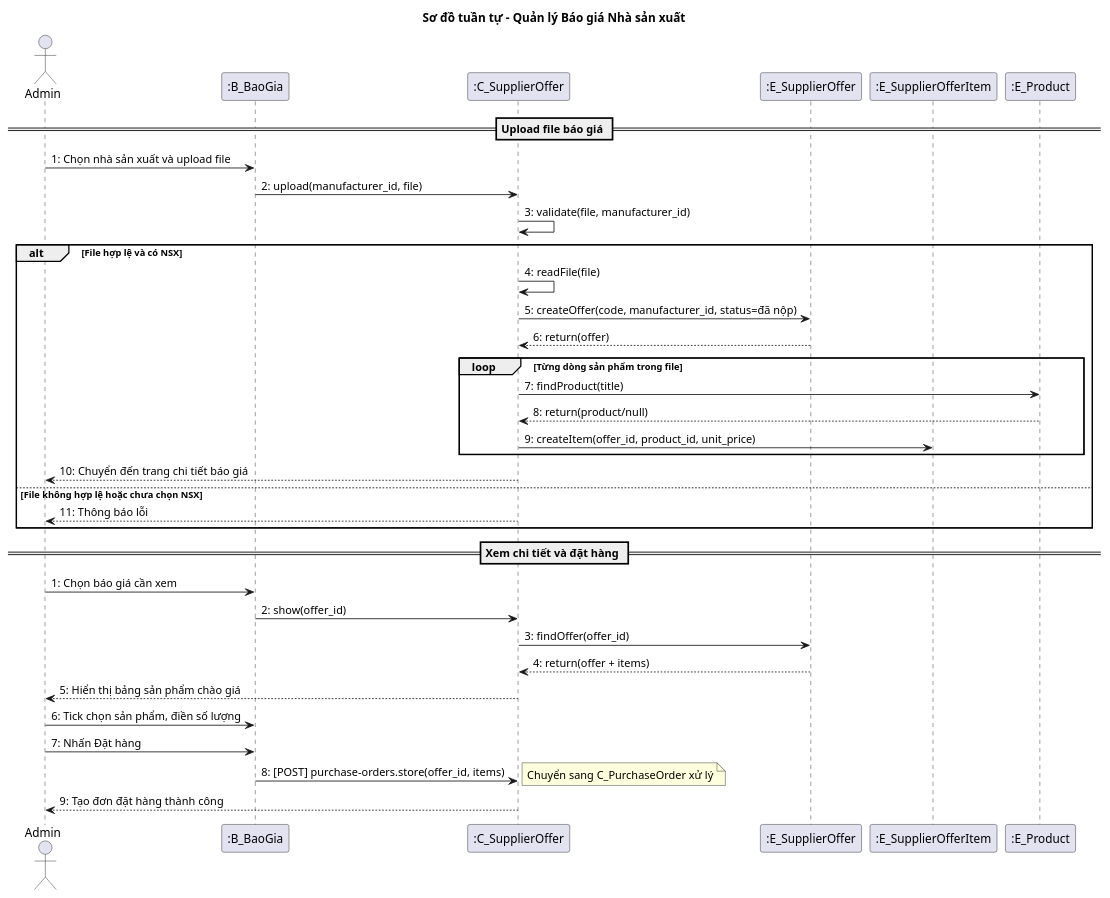
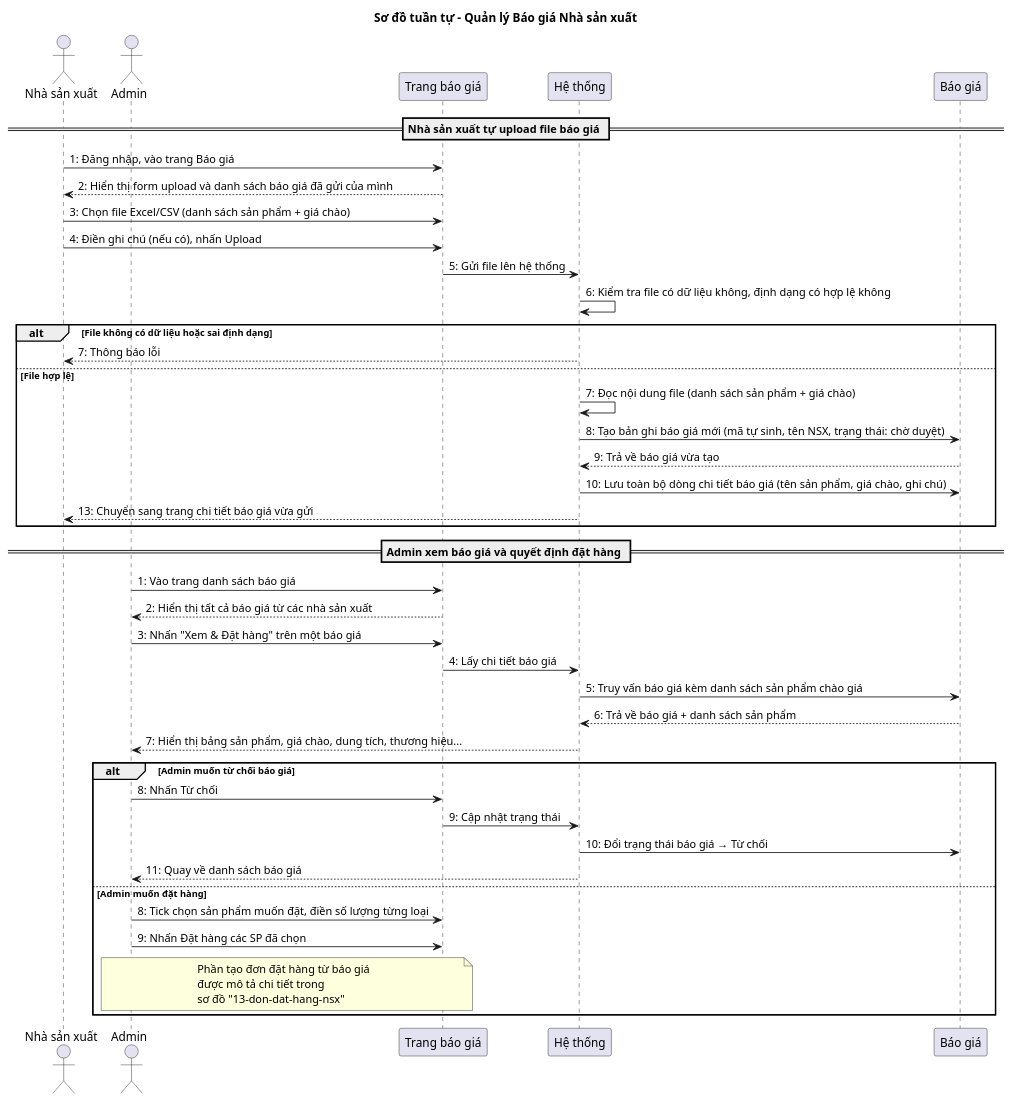
Before and after one commit to thien258/luanvantotnghiep: the diagram in app/Http/doc/sequence/14-bao-gia-nsx.puml, drawn with PlantUML. The commit also changed 59 other files, not shown here.

```diff
--- a/app/Http/doc/sequence/14-bao-gia-nsx.puml
+++ b/app/Http/doc/sequence/14-bao-gia-nsx.puml
@@ -1,44 +1,56 @@
 @startuml
 title Sơ đồ tuần tự - Quản lý Báo giá Nhà sản xuất
 
+actor "Nhà sản xuất" as NSX
 actor "Admin" as A
-participant ":B_BaoGia" as B
-participant ":C_SupplierOffer" as C
-participant ":E_SupplierOffer" as ESO
-participant ":E_SupplierOfferItem" as ESOI
-participant ":E_Product" as EP
+participant "Trang báo giá" as B
+participant "Hệ thống" as C
+participant "Báo giá" as ESO
 
-== Upload file báo giá ==
-A -> B : 1: Chọn nhà sản xuất và upload file
-B -> C : 2: upload(manufacturer_id, file)
-C -> C : 3: validate(file, manufacturer_id)
+== Nhà sản xuất tự upload file báo giá ==
 
-alt File hợp lệ và có NSX
-    C -> C : 4: readFile(file)
-    C -> ESO : 5: createOffer(code, manufacturer_id, status=đã nộp)
-    ESO --> C : 6: return(offer)
+NSX -> B : 1: Đăng nhập, vào trang Báo giá
+B --> NSX : 2: Hiển thị form upload và danh sách báo giá đã gửi của mình
 
-    loop Từng dòng sản phẩm trong file
-        C -> EP : 7: findProduct(title)
-        EP --> C : 8: return(product/null)
-        C -> ESOI : 9: createItem(offer_id, product_id, unit_price)
-    end
+NSX -> B : 3: Chọn file Excel/CSV (danh sách sản phẩm + giá chào)
+NSX -> B : 4: Điền ghi chú (nếu có), nhấn Upload
+B -> C : 5: Gửi file lên hệ thống
+C -> C : 6: Kiểm tra file có dữ liệu không, định dạng có hợp lệ không
 
-    C --> A : 10: Chuyển đến trang chi tiết báo giá
-else File không hợp lệ hoặc chưa chọn NSX
-    C --> A : 11: Thông báo lỗi
+alt File không có dữ liệu hoặc sai định dạng
+    C --> NSX : 7: Thông báo lỗi
+else File hợp lệ
+    C -> C : 7: Đọc nội dung file (danh sách sản phẩm + giá chào)
+    C -> ESO : 8: Tạo bản ghi báo giá mới (mã tự sinh, tên NSX, trạng thái: chờ duyệt)
+    ESO --> C : 9: Trả về báo giá vừa tạo
+    C -> ESO : 10: Lưu toàn bộ dòng chi tiết báo giá (tên sản phẩm, giá chào, ghi chú)
+
+    C --> NSX : 13: Chuyển sang trang chi tiết báo giá vừa gửi
 end
 
-== Xem chi tiết và đặt hàng ==
-A -> B : 1: Chọn báo giá cần xem
-B -> C : 2: show(offer_id)
-C -> ESO : 3: findOffer(offer_id)
-ESO --> C : 4: return(offer + items)
-C --> A : 5: Hiển thị bảng sản phẩm chào giá
+== Admin xem báo giá và quyết định đặt hàng ==
 
-A -> B : 6: Tick chọn sản phẩm, điền số lượng
-A -> B : 7: Nhấn Đặt hàng
-B -> C : 8: [POST] purchase-orders.store(offer_id, items)
-note right: Chuyển sang C_PurchaseOrder xử lý
-C --> A : 9: Tạo đơn đặt hàng thành công
+A -> B : 1: Vào trang danh sách báo giá
+B --> A : 2: Hiển thị tất cả báo giá từ các nhà sản xuất
+
+A -> B : 3: Nhấn "Xem & Đặt hàng" trên một báo giá
+B -> C : 4: Lấy chi tiết báo giá
+C -> ESO : 5: Truy vấn báo giá kèm danh sách sản phẩm chào giá
+ESO --> C : 6: Trả về báo giá + danh sách sản phẩm
+C --> A : 7: Hiển thị bảng sản phẩm, giá chào, dung tích, thương hiệu...
+
+alt Admin muốn từ chối báo giá
+    A -> B : 8: Nhấn Từ chối
+    B -> C : 9: Cập nhật trạng thái
+    C -> ESO : 10: Đổi trạng thái báo giá → Từ chối
+    C --> A : 11: Quay về danh sách báo giá
+else Admin muốn đặt hàng
+    A -> B : 8: Tick chọn sản phẩm muốn đặt, điền số lượng từng loại
+    A -> B : 9: Nhấn Đặt hàng các SP đã chọn
+    note over A, B
+        Phần tạo đơn đặt hàng từ báo giá
+        được mô tả chi tiết trong
+        sơ đồ "13-don-dat-hang-nsx"
+    end note
+end
 @enduml
```
